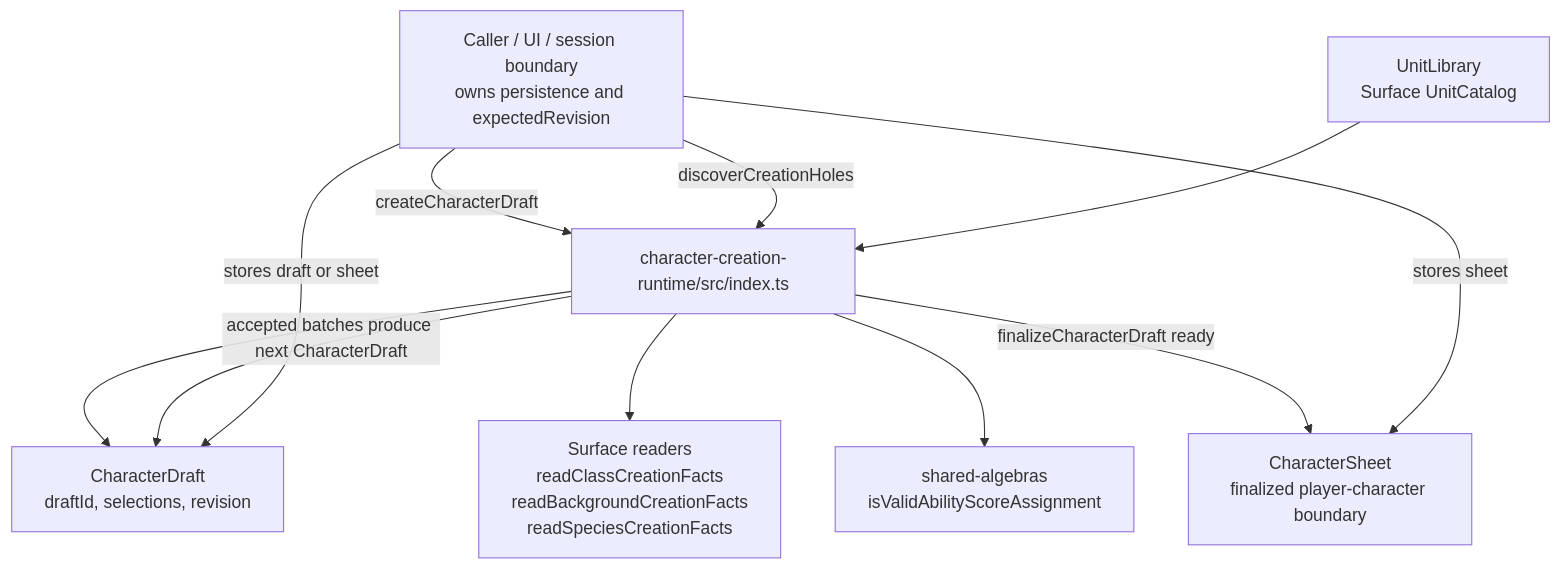
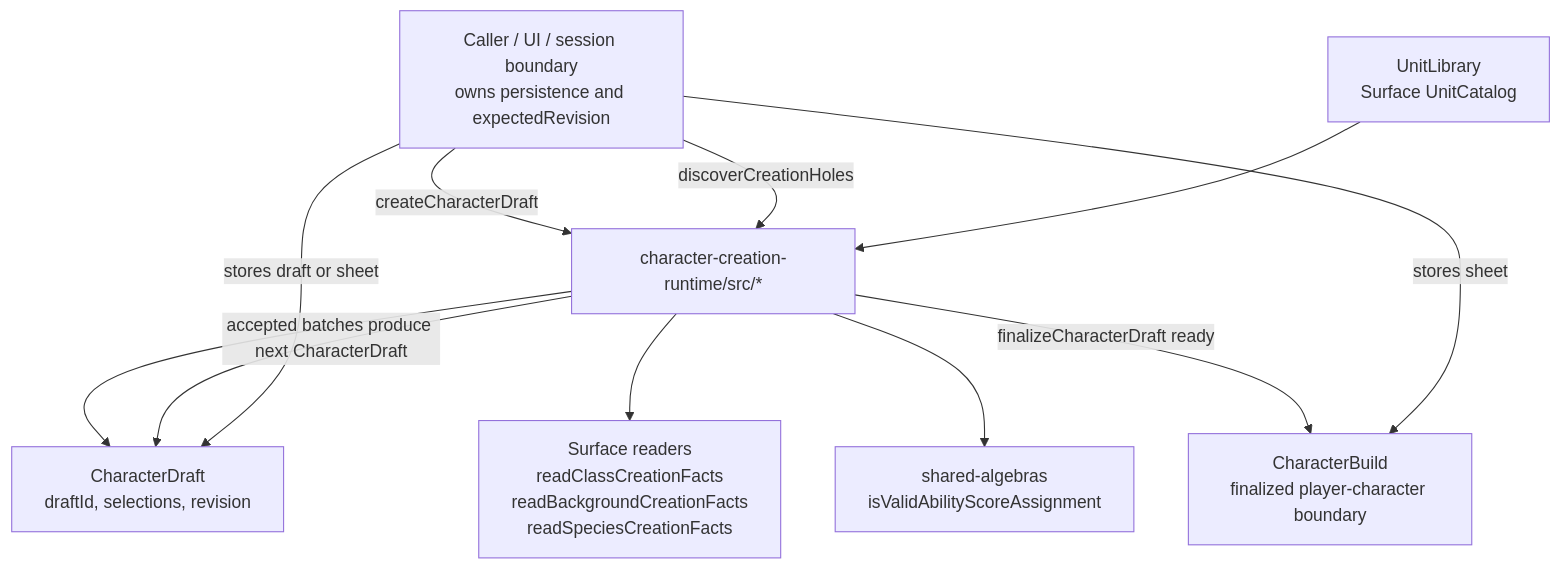
The first of 10 diagrams in packages/character-creation-runtime/EXPLANATORY_TIME_DIAGRAM.md (dearlordylord/5e-quint), drawn with Mermaid before and after one commit. The commit also changed other lines of this file and 11 other files, not shown here.

Commit message:
Split character creation runtime modules

````diff
--- a/packages/character-creation-runtime/EXPLANATORY_TIME_DIAGRAM.md
+++ b/packages/character-creation-runtime/EXPLANATORY_TIME_DIAGRAM.md
@@ -34,21 +37,21 @@
 ```mermaid
 flowchart TD
   Caller["Caller / UI / session boundary<br/>owns persistence and expectedRevision"]
   Draft["CharacterDraft<br/>draftId, selections, revision"]
   Catalog["UnitLibrary<br/>Surface UnitCatalog"]
-  Runtime["character-creation-runtime/src/index.ts"]
+  Runtime["character-creation-runtime/src/*"]
   SurfaceReaders["Surface readers<br/>readClassCreationFacts<br/>readBackgroundCreationFacts<br/>readSpeciesCreationFacts"]
   SharedAlgebra["shared-algebras<br/>isValidAbilityScoreAssignment"]
-  Sheet["CharacterSheet<br/>finalized player-character boundary"]
+  Sheet["CharacterBuild<br/>finalized player-character boundary"]
 
   Caller -->|createCharacterDraft| Runtime
   Runtime --> Draft
   Caller -->|discoverCreationHoles| Runtime
   Catalog --> Runtime
   Runtime --> SurfaceReaders
   Runtime --> SharedAlgebra
   Runtime -->|accepted batches produce next CharacterDraft| Draft
   Runtime -->|finalizeCharacterDraft ready| Sheet
   Caller -->|stores draft or sheet| Draft
   Caller -->|stores sheet| Sheet
 ```
````
